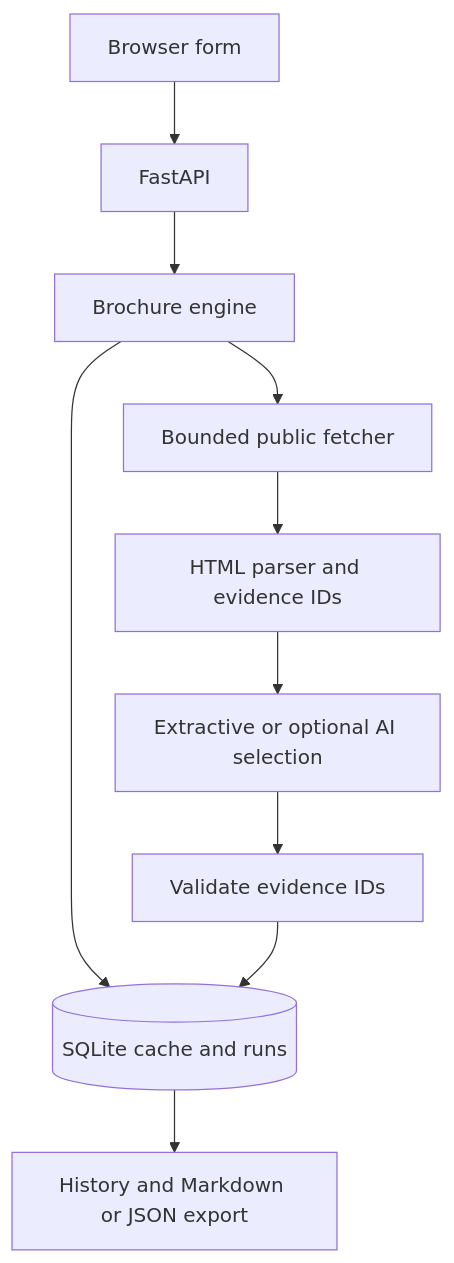
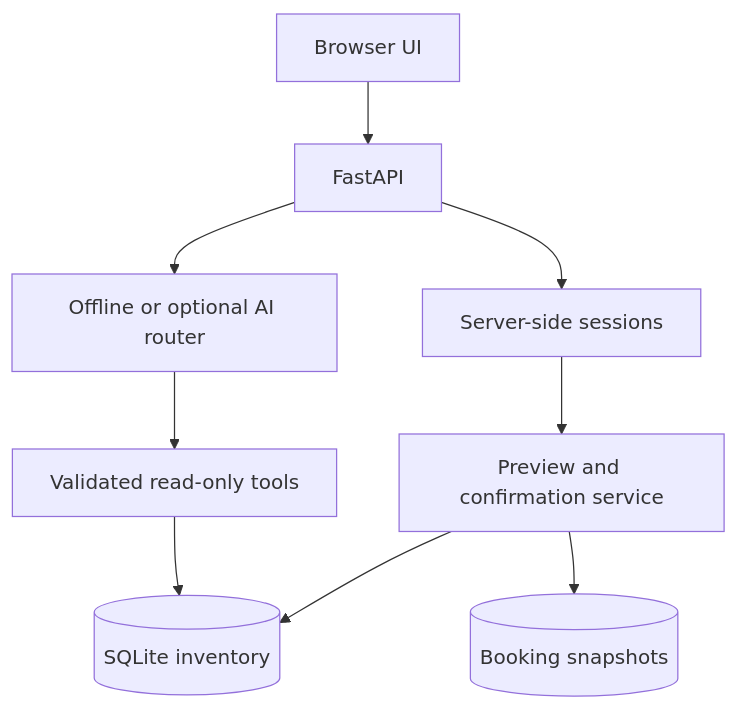
Before and after one commit to pra986/source-backed-brochures: the diagram in README.md, drawn with Mermaid. The commit also changed other lines of this file and 28 other files, not shown here.

````diff
--- a/README.md
+++ b/README.md
@@ -79,12 +120,11 @@
 ```mermaid
 flowchart TD
-    UI[Browser form] --> API[FastAPI]
-    API --> Engine[Brochure engine]
-    Engine --> Fetch[Bounded public fetcher]
-    Engine --> DB[(SQLite cache and runs)]
-    Fetch --> Evidence[HTML parser and evidence IDs]
-    Evidence --> Selection[Extractive or optional AI selection]
-    Selection --> Validate[Validate evidence IDs]
-    Validate --> DB
-    DB --> Export[History and Markdown or JSON export]
+    UI[Browser UI] --> API[FastAPI]
+    API --> Router[Offline or optional AI router]
+    Router --> Tools[Validated read-only tools]
+    Tools --> DB[(SQLite inventory)]
+    API --> Auth[Server-side sessions]
+    Auth --> Booking[Preview and confirmation service]
+    Booking --> DB
+    Booking --> Ledger[(Booking snapshots)]
 ```
````
